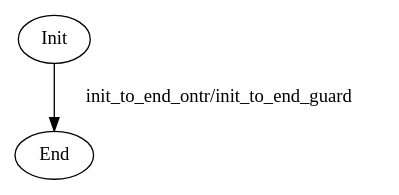
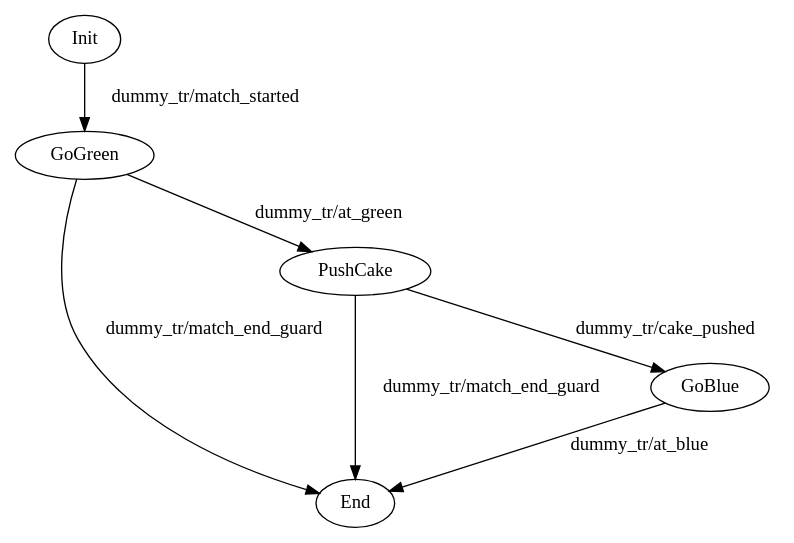
The diagram in src/strategieRobot/strategy_test.dot (ENACRobotique/robot_rpi_2023), drawn with Graphviz before and after one commit. The commit also changed 1 other file, not shown here.

Commit message:
[strategy] First match

```diff
--- a/src/strategieRobot/strategy_test.dot
+++ b/src/strategieRobot/strategy_test.dot
@@ -1,5 +1,14 @@
 #init Init
 digraph statemachine {
-    Init [comment="init_on_enter/init_on_leave"]
-    Init -> End [label="init_to_end_ontr/init_to_end_guard"]
+    Init [comment="init_enter/init_leave"]
+    End  [comment="end_enter"]
+    GoGreen [comment="gogreen_enter"]
+    PushCake [comment="pushcake_enter/pushcake_leave"]
+    GoBlue  [comment="goblue_enter"]
+
+    Init -> GoGreen [label="dummy_tr/match_started"]
+    GoGreen -> PushCake [label="dummy_tr/at_green"]
+    PushCake -> GoBlue [label="dummy_tr/cake_pushed"]
+    GoBlue -> End [label="dummy_tr/at_blue"]
+    {GoGreen PushCake} -> End [label="dummy_tr/match_end_guard"]
 }
```
